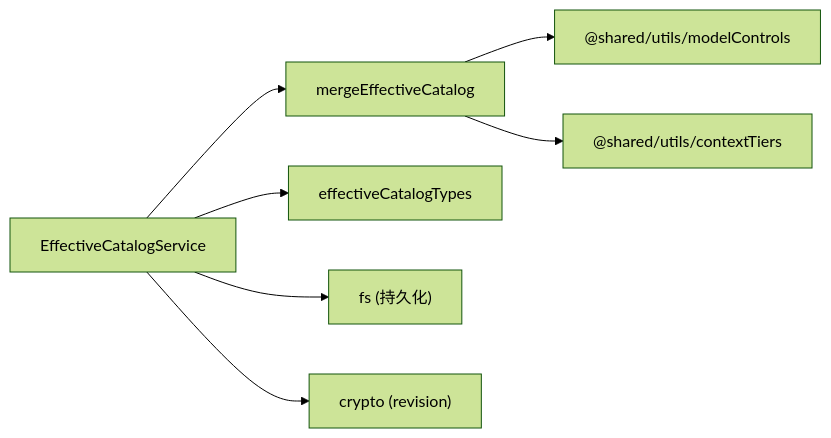
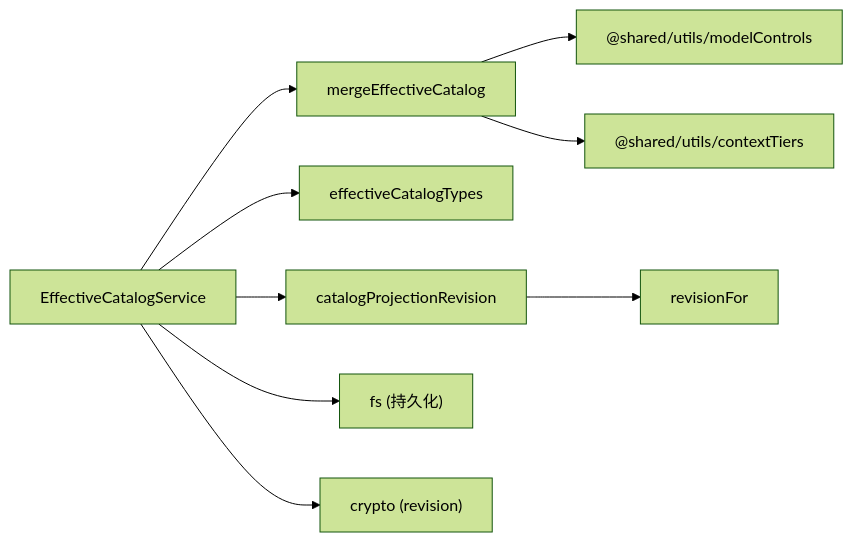
One commit to haolange/RDC-Agent changed the sixth of 6 diagrams in .qoder/repowiki/zh/content/核心模块/Provider 系统/有效配置计算.md. Above: the diagram before and after it, drawn with Mermaid (forest theme). The commit also changed other lines of this file and 12 other files, not shown here.

````diff
--- a/.qoder/repowiki/zh/content/核心模块/Provider 系统/有效配置计算.md
+++ b/.qoder/repowiki/zh/content/核心模块/Provider 系统/有效配置计算.md
@@ -236,9 +291,11 @@
 ```mermaid
 graph LR
 ES["EffectiveCatalogService"] --> EM["mergeEffectiveCatalog"]
 ES --> ET["effectiveCatalogTypes"]
+ES --> CR["catalogProjectionRevision"]
 EM --> SH["@shared/utils/modelControls"]
 EM --> CT["@shared/utils/contextTiers"]
 ES --> FS["fs (持久化)"]
-ES --> CR["crypto (revision)"]
+ES --> CH["crypto (revision)"]
+CR --> RF["revisionFor"]
 ```
````
